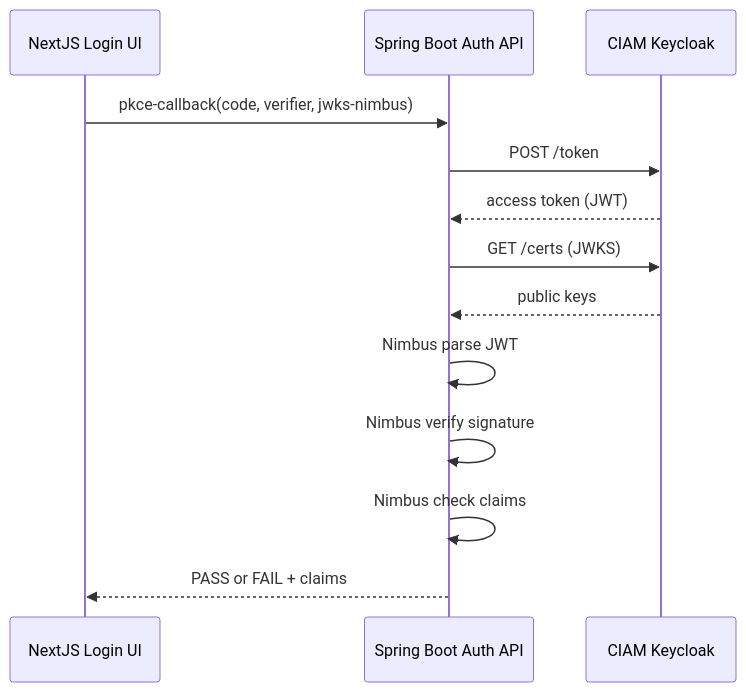
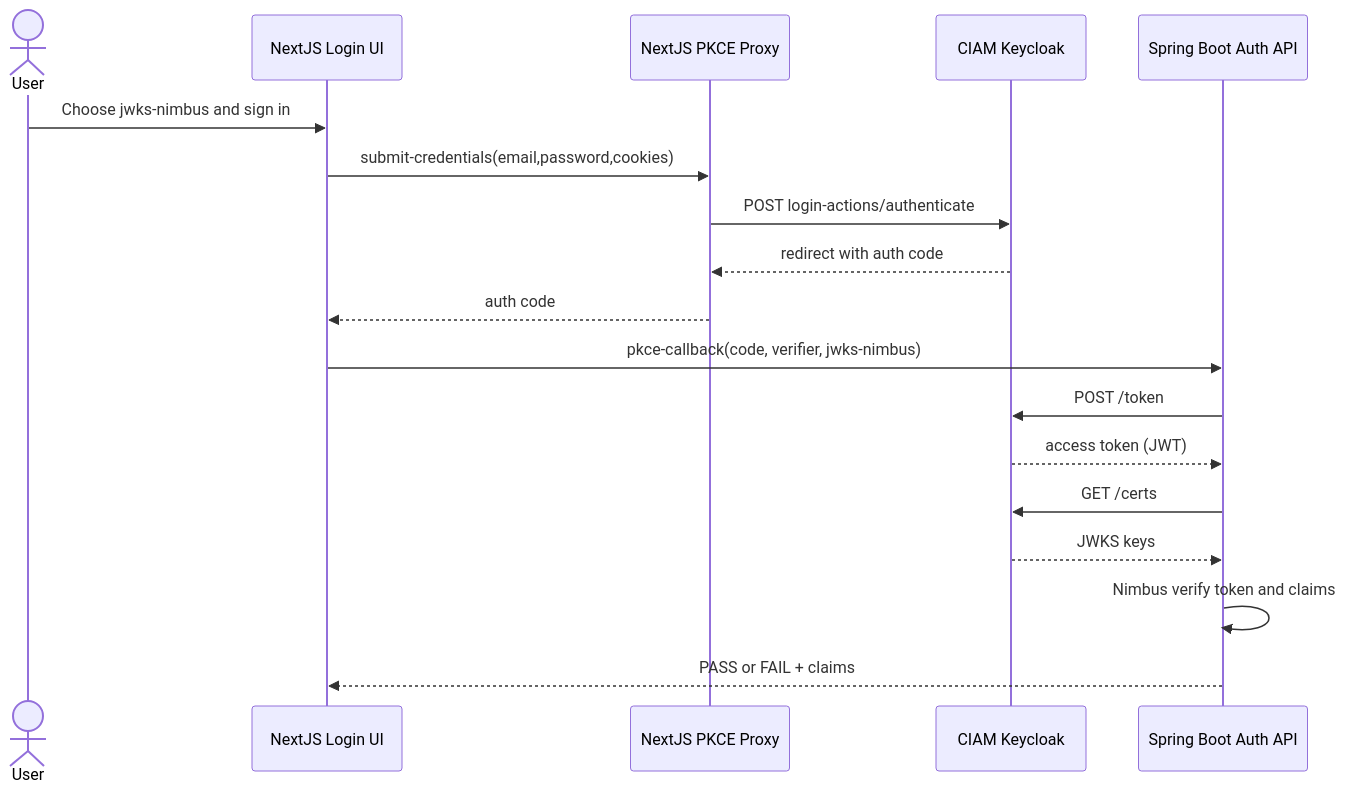
One commit to jackzhaojin/ciam-demo changed the third of 5 diagrams in auth-patterns.md. Above: the diagram before and after it, drawn with Mermaid. The commit also changed other lines of this file, not shown here.

Commit message:
Fix PKCE strategy diagrams to include Next.js proxy password post

````diff
--- a/auth-patterns.md
+++ b/auth-patterns.md
@@ -52,16 +56,21 @@
 ```mermaid
 sequenceDiagram
+    actor User
     participant Browser as NextJS Login UI
+    participant NextAPI as NextJS PKCE Proxy
+    participant CIAM as CIAM Keycloak
     participant Java as Spring Boot Auth API
-    participant CIAM as CIAM Keycloak
 
+    User->>Browser: Choose jwks-nimbus and sign in
+    Browser->>NextAPI: submit-credentials(email,password,cookies)
+    NextAPI->>CIAM: POST login-actions/authenticate
+    CIAM-->>NextAPI: redirect with auth code
+    NextAPI-->>Browser: auth code
     Browser->>Java: pkce-callback(code, verifier, jwks-nimbus)
     Java->>CIAM: POST /token
     CIAM-->>Java: access token (JWT)
-    Java->>CIAM: GET /certs (JWKS)
-    CIAM-->>Java: public keys
-    Java->>Java: Nimbus parse JWT
-    Java->>Java: Nimbus verify signature
-    Java->>Java: Nimbus check claims
+    Java->>CIAM: GET /certs
+    CIAM-->>Java: JWKS keys
+    Java->>Java: Nimbus verify token and claims
     Java-->>Browser: PASS or FAIL + claims
 ```
````
